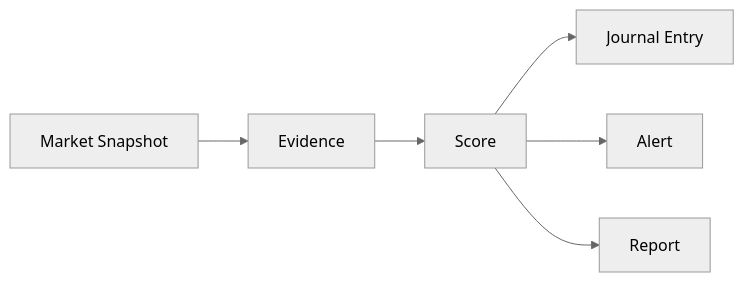
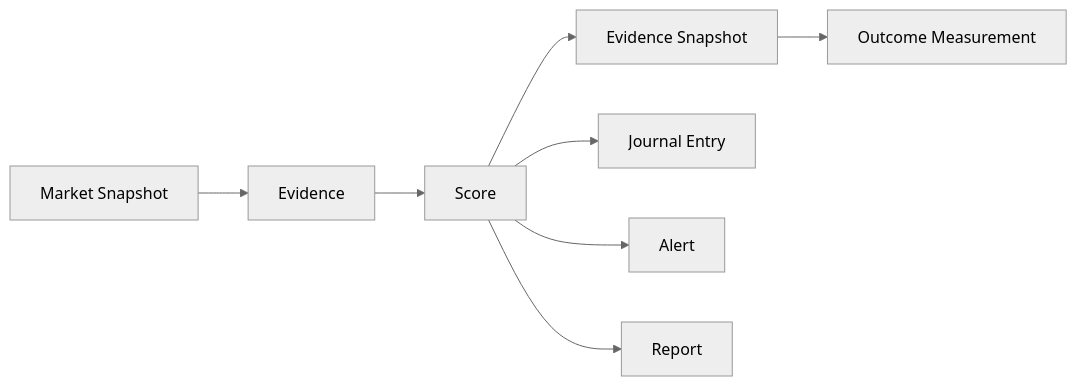
The first of 2 diagrams in docs/09-Data-Model.md (manojb-ai/tradeevidence-web), drawn with Mermaid (neutral theme) before and after one commit. The commit also changed other lines of this file and 6 other files, not shown here.

````diff
--- a/docs/09-Data-Model.md
+++ b/docs/09-Data-Model.md
@@ -29,8 +31,10 @@
 ```mermaid
 flowchart LR
     A[Market Snapshot] --> B[Evidence]
     B --> C[Score]
-    C --> D[Journal Entry]
-    C --> E[Alert]
-    C --> F[Report]
+    C --> D[Evidence Snapshot]
+    D --> E[Outcome Measurement]
+    C --> F[Journal Entry]
+    C --> G[Alert]
+    C --> H[Report]
 ```
````
